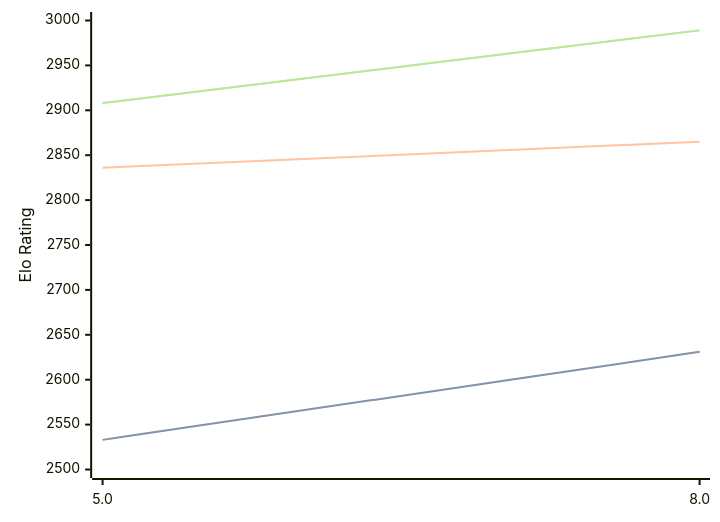
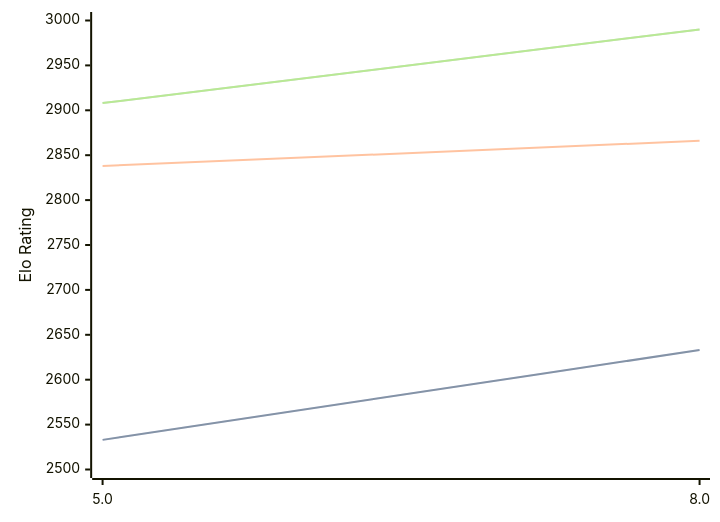
Before and after one commit to computer-chess-index/cci: the diagram in engines/4kc.md, drawn with Mermaid. The commit also changed other lines of this file, not shown here.

Commit message:
Update CCI Ratings (ELO VLTC) - 2026-05-12

````diff
--- a/engines/4kc.md
+++ b/engines/4kc.md
@@ -41,11 +41,11 @@
 ```mermaid
 %%{init: {"theme":"base","themeVariables":{"seriesColors:['#a3a3a3','#222221','#faa371']}}}%%
 xychart-beta
   x-axis ["5.0", "8.0"]
   y-axis "Elo Rating" 2500 --> 3000
-  line "STC (8.0+0.08s)" [2533, 2631]
-  line "STC (8.0+0.08s)" [2533, 2631]
-  line "LTC (60.0+0.60s)" [2836, 2865]
-  line "VLTC (2m24s+1.12s)" [2908, 2989]
-  line "VLTC (2m24s+1.12s)" [2908, 2989]
+  line "STC (8.0+0.08s)" [2533, 2633]
+  line "STC (8.0+0.08s)" [2533, 2633]
+  line "LTC (60.0+0.60s)" [2838, 2866]
+  line "VLTC (2m24s+1.12s)" [2908, 2990]
+  line "VLTC (2m24s+1.12s)" [2908, 2990]
 ```
````
